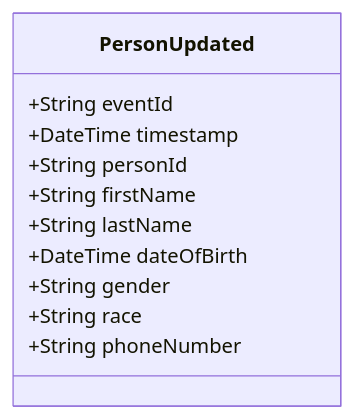
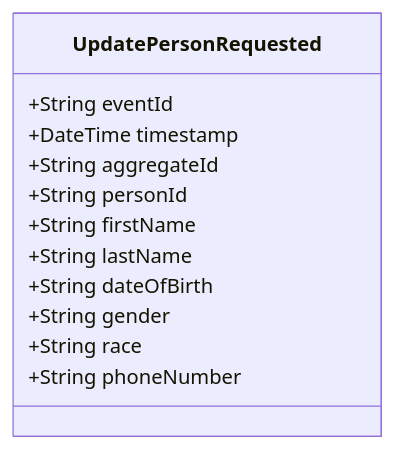
One commit to pgraff/police-system changed the diagram in doc/events/PersonUpdated.md. Above: the diagram before and after it, drawn with Mermaid. The commit also changed other lines of this file and 58 other files, not shown here.

````diff
--- a/doc/events/PersonUpdated.md
+++ b/doc/events/PersonUpdated.md
@@ -9,14 +9,15 @@
 ```mermaid
 classDiagram
-    class PersonUpdated {
+    class UpdatePersonRequested {
         +String eventId
         +DateTime timestamp
+        +String aggregateId
         +String personId
         +String firstName
         +String lastName
-        +DateTime dateOfBirth
+        +String dateOfBirth
         +String gender
         +String race
         +String phoneNumber
     }
 ```
````
